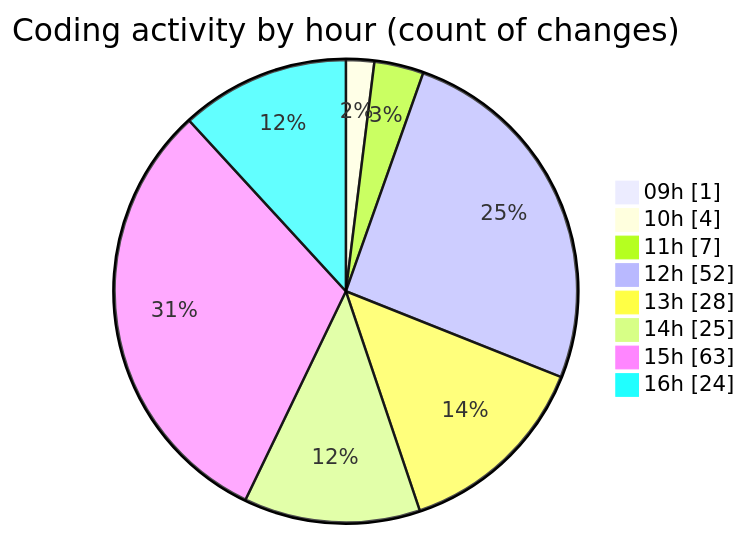
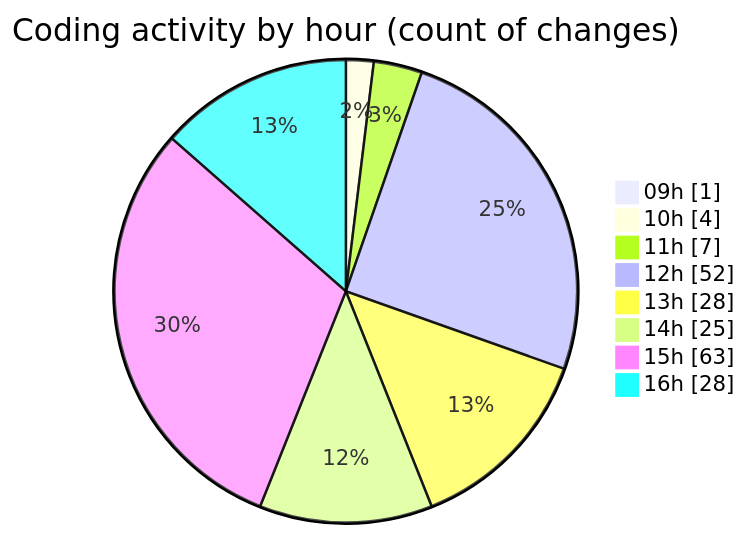
One commit to momahboobian/code-tracking changed the second of 2 diagrams in 2025-04-07/cda/README.md. Above: the diagram before and after it, drawn with Mermaid. The commit also changed other lines of this file and 1 other file, not shown here.

````diff
--- a/2025-04-07/cda/README.md
+++ b/2025-04-07/cda/README.md
@@ -40,12 +40,12 @@
 ```mermaid
 pie showData
 title Coding activity by hour (count of changes)
 "09h" : 1
 "10h" : 4
 "11h" : 7
 "12h" : 52
 "13h" : 28
 "14h" : 25
 "15h" : 63
-"16h" : 24
+"16h" : 28
 ```
````
